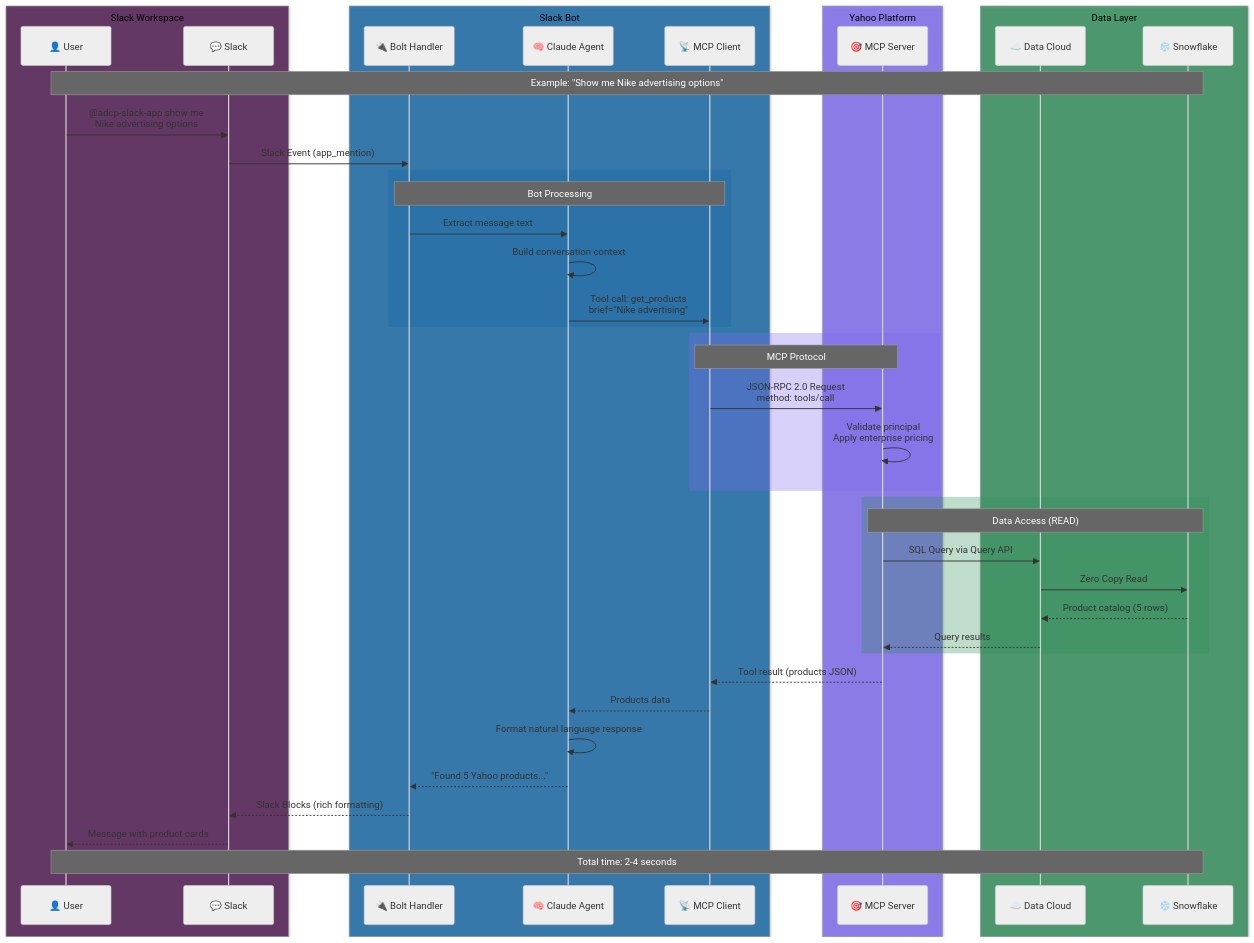
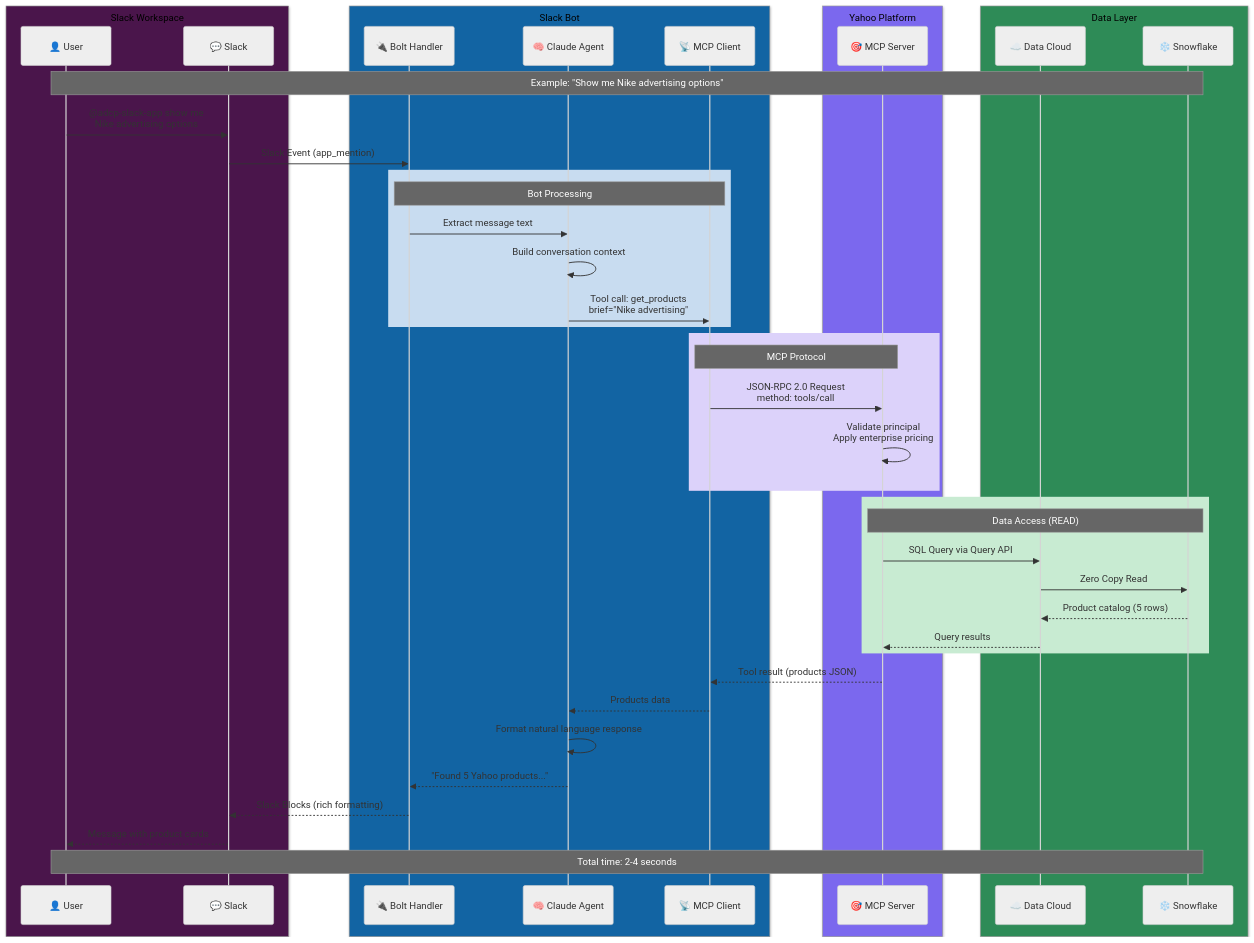
Before and after one commit to arupsarkar-sfdc/admcp-media-app: the second of 9 diagrams in yahoo_mcp_server/slack/README.md, drawn with Mermaid (neutral theme). The commit also changed other lines of this file, not shown here.

Commit message:
fix: Convert all rgba to rgb for GitHub Mermaid compatibility

````diff
--- a/yahoo_mcp_server/slack/README.md
+++ b/yahoo_mcp_server/slack/README.md
@@ -88,57 +88,57 @@
 ```mermaid
 sequenceDiagram
-    box rgba(74,21,75,0.8) Slack Workspace
+    box rgb(74, 21, 75) Slack Workspace
         participant U as 👤 User
         participant S as 💬 Slack
     end
     
-    box rgba(18,100,163,0.8) Slack Bot
+    box rgb(18, 100, 163) Slack Bot
         participant B as 🔌 Bolt Handler
         participant A as 🧠 Claude Agent
         participant M as 📡 MCP Client
     end
     
-    box rgba(123,104,238,0.8) Yahoo Platform
+    box rgb(123, 104, 238) Yahoo Platform
         participant Y as 🎯 MCP Server
     end
     
-    box rgba(46,139,87,0.8) Data Layer
+    box rgb(46, 139, 87) Data Layer
         participant DC as ☁️ Data Cloud
         participant SF as ❄️ Snowflake
     end
 
     Note over U,SF: Example: "Show me Nike advertising options"
     
     U->>S: @adcp-slack-app show me<br/>Nike advertising options
     S->>B: Slack Event (app_mention)
     
-    rect rgba(18,100,163,0.3)
+    rect rgb(200, 220, 240)
         Note over B,M: Bot Processing
         B->>A: Extract message text
         A->>A: Build conversation context
         A->>M: Tool call: get_products<br/>brief="Nike advertising"
     end
     
-    rect rgba(123,104,238,0.3)
+    rect rgb(220, 210, 250)
         Note over M,Y: MCP Protocol
         M->>Y: JSON-RPC 2.0 Request<br/>method: tools/call
         Y->>Y: Validate principal<br/>Apply enterprise pricing
     end
     
-    rect rgba(46,139,87,0.3)
+    rect rgb(200, 235, 210)
         Note over Y,SF: Data Access (READ)
         Y->>DC: SQL Query via Query API
         DC->>SF: Zero Copy Read
         SF-->>DC: Product catalog (5 rows)
         DC-->>Y: Query results
     end
     
     Y-->>M: Tool result (products JSON)
     M-->>A: Products data
     A->>A: Format natural language response
     A-->>B: "Found 5 Yahoo products..."
     B-->>S: Slack Blocks (rich formatting)
     S-->>U: Message with product cards
     
     Note over U,SF: Total time: 2-4 seconds
 ```
````
